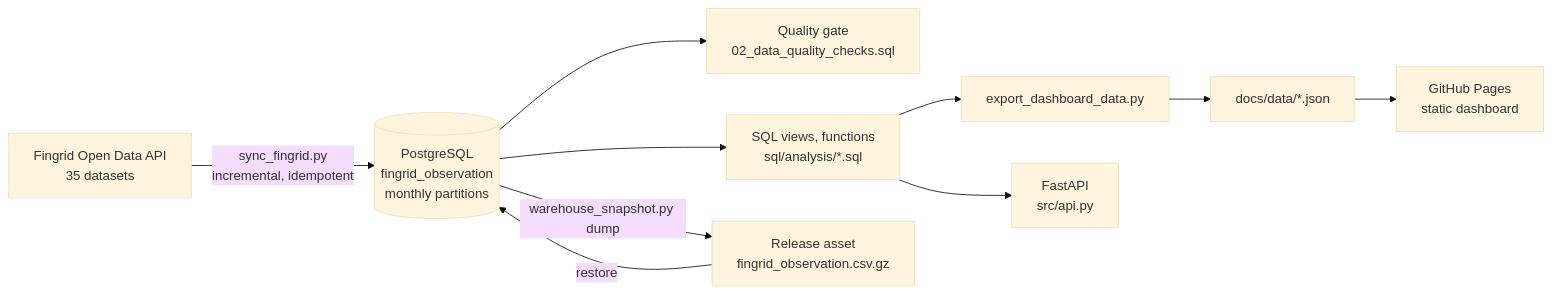
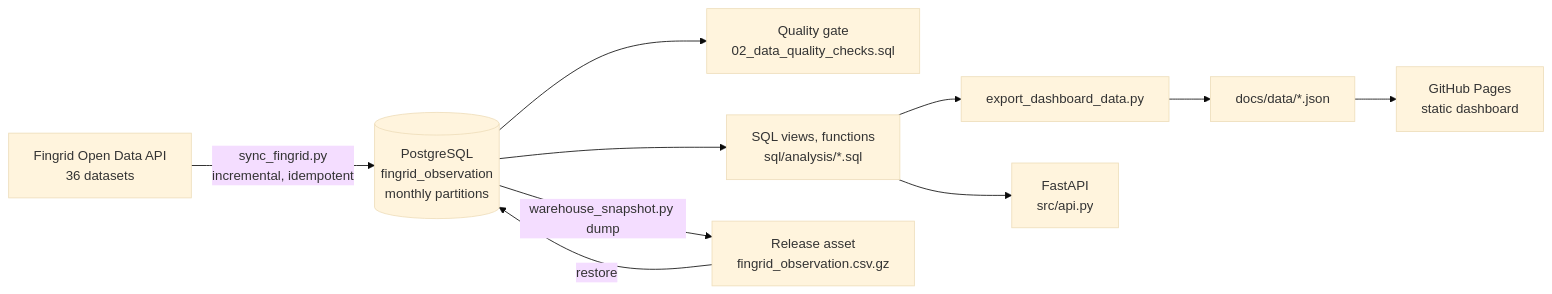
One commit to miladgk/industrial-energy-sql-pipeline changed the diagram in README.md. Above: the diagram before and after it, drawn with Mermaid (base theme). The commit also changed other lines of this file and 10 other files, not shown here.

````diff
--- a/README.md
+++ b/README.md
@@ -42,10 +43,10 @@
 ```mermaid
 flowchart LR
-    F[Fingrid Open Data API<br/>35 datasets] -->|sync_fingrid.py<br/>incremental, idempotent| W[(PostgreSQL<br/>fingrid_observation<br/>monthly partitions)]
+    F[Fingrid Open Data API<br/>36 datasets] -->|sync_fingrid.py<br/>incremental, idempotent| W[(PostgreSQL<br/>fingrid_observation<br/>monthly partitions)]
     W --> Q[Quality gate<br/>02_data_quality_checks.sql]
     W --> S[SQL views, functions<br/>sql/analysis/*.sql]
     S --> E[export_dashboard_data.py] --> J[docs/data/*.json] --> P[GitHub Pages<br/>static dashboard]
     S --> A[FastAPI<br/>src/api.py]
     W -->|warehouse_snapshot.py dump| R[Release asset<br/>fingrid_observation.csv.gz]
     R -->|restore| W
 ```
````
